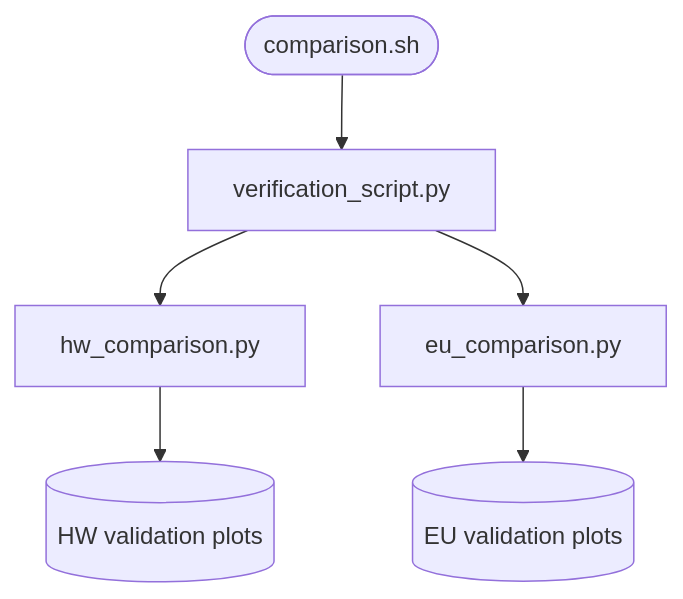
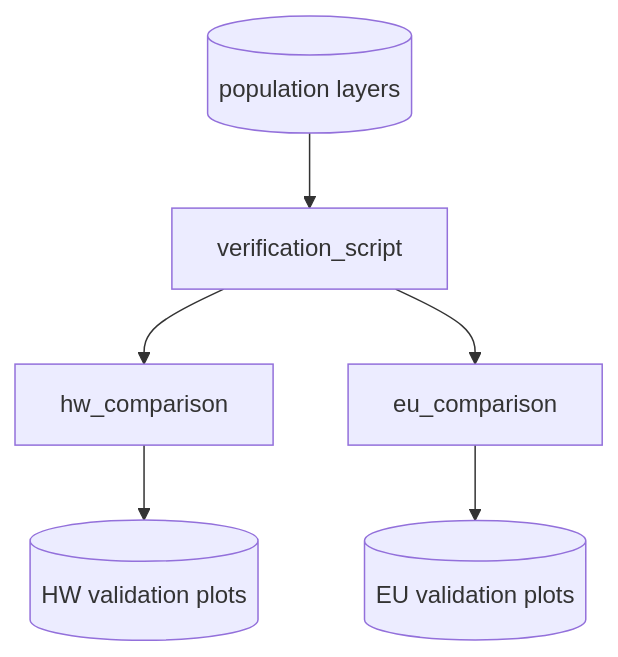
The diagram in wwtp/pop_validation_scripts/README.md (erennere/Global-WWTP-Service-Zones-and-Risk-Pipeline), drawn with Mermaid before and after one commit. The commit also changed other lines of this file and 64 other files, not shown here.

````diff
--- a/wwtp/pop_validation_scripts/README.md
+++ b/wwtp/pop_validation_scripts/README.md
@@ -30,8 +29,8 @@
 ```mermaid
 graph TD
-  A([comparison.sh]) --> B[verification_script.py]
-  B --> C[hw_comparison.py]
-  B --> D[eu_comparison.py]
+  A[(population layers)] --> B[verification_script]
+  B --> C[hw_comparison]
+  B --> D[eu_comparison]
   C --> E[(HW validation plots)]
   D --> F[(EU validation plots)]
 ```
````
